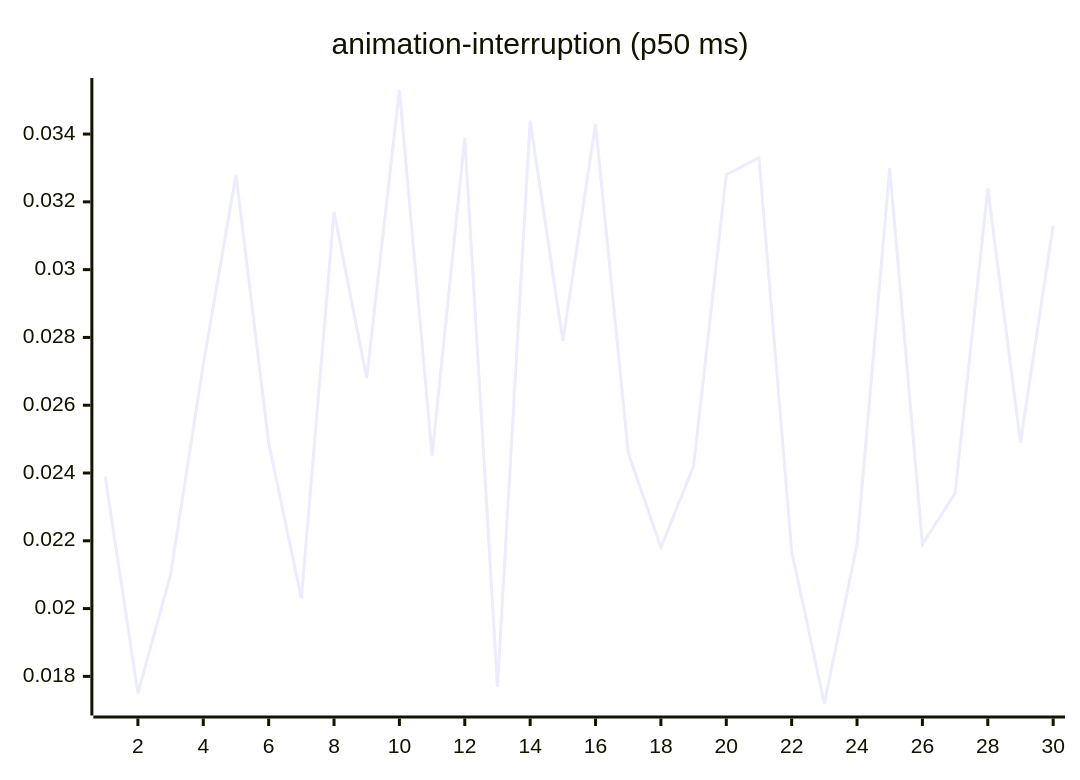
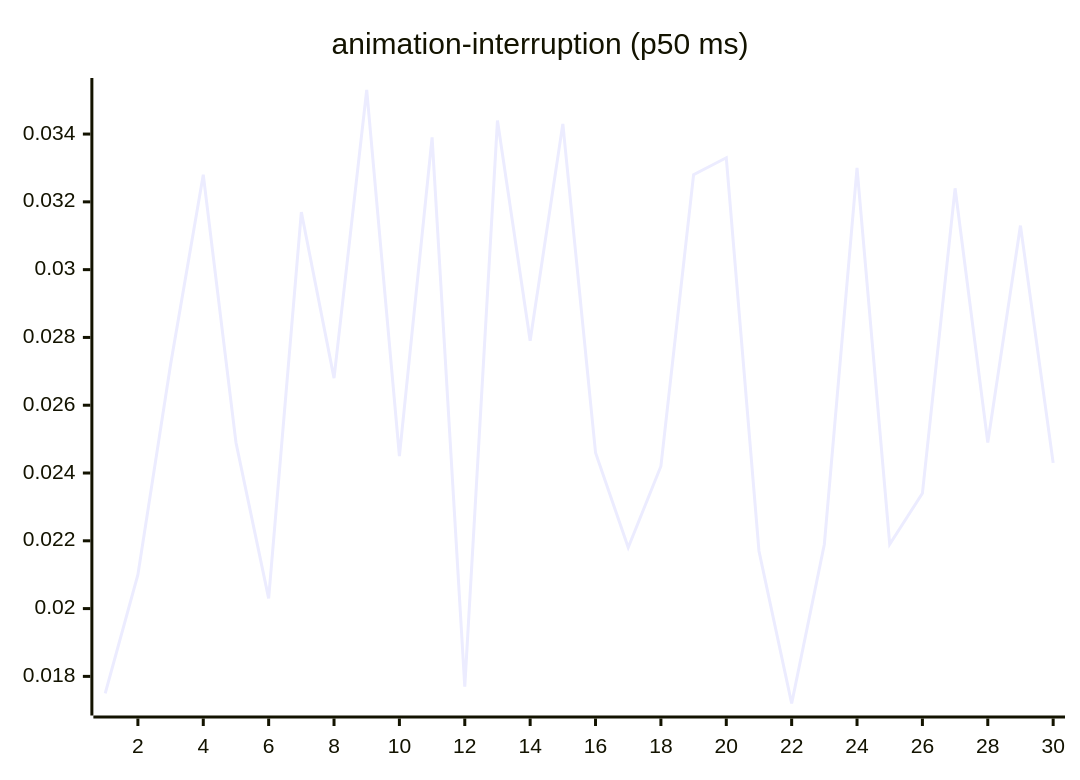
Before and after one commit to josha/Facet: the third of 27 diagrams in README.md, drawn with Mermaid. The commit also changed other lines of this file and 2 other files, not shown here.

````diff
--- a/README.md
+++ b/README.md
@@ -77,6 +77,6 @@
 ```mermaid
 xychart-beta
     title "animation-interruption (p50 ms)"
     x-axis 1 --> 30
-    line [0.0239, 0.0175, 0.0210, 0.0272, 0.0328, 0.0249, 0.0203, 0.0317, 0.0268, 0.0353, 0.0245, 0.0339, 0.0177, 0.0344, 0.0279, 0.0343, 0.0246, 0.0218, 0.0242, 0.0328, 0.0333, 0.0217, 0.0172, 0.0219, 0.0330, 0.0219, 0.0234, 0.0324, 0.0249, 0.0313]
+    line [0.0175, 0.0210, 0.0272, 0.0328, 0.0249, 0.0203, 0.0317, 0.0268, 0.0353, 0.0245, 0.0339, 0.0177, 0.0344, 0.0279, 0.0343, 0.0246, 0.0218, 0.0242, 0.0328, 0.0333, 0.0217, 0.0172, 0.0219, 0.0330, 0.0219, 0.0234, 0.0324, 0.0249, 0.0313, 0.0243]
 ```
````
